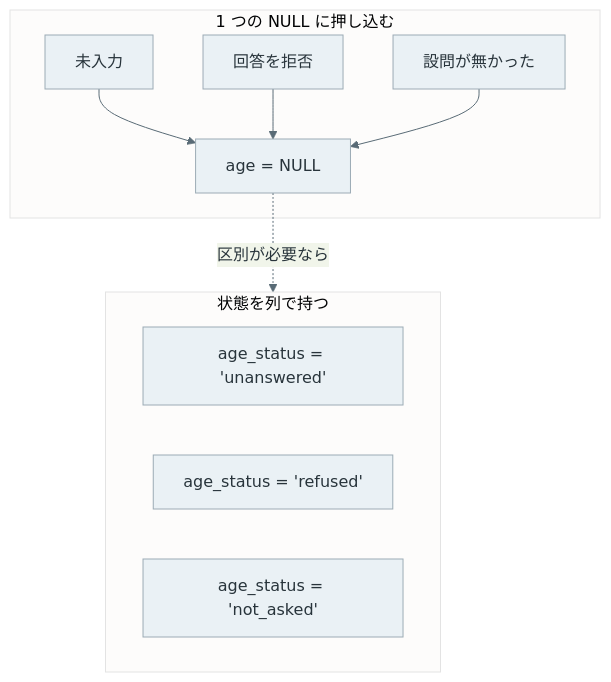
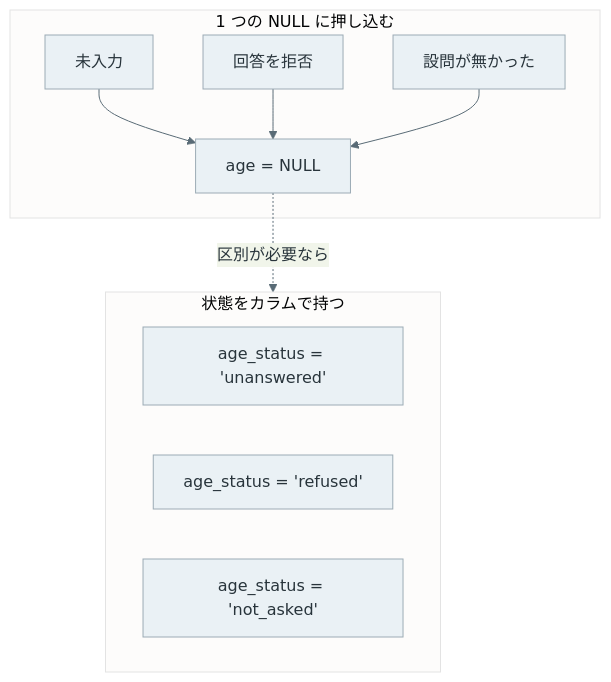
Before and after one commit to nao1215/debimate: the third of 3 diagrams in content/notes/database-systems/sql-null/index.md, drawn with Mermaid. The commit also changed other lines of this file and 125 other files, not shown here.

````diff
--- a/content/notes/database-systems/sql-null/index.md
+++ b/content/notes/database-systems/sql-null/index.md
@@ -230,16 +234,16 @@
 ```mermaid
 %%{init: {"theme":"base","themeVariables":{"primaryColor":"#eaf1f5","primaryTextColor":"#28343b","primaryBorderColor":"#9cabb5","lineColor":"#596b76","textColor":"#28343b","actorBkg":"#eaf1f5","actorBorder":"#9cabb5","actorTextColor":"#28343b","actorLineColor":"#9cabb5","signalColor":"#596b76","signalTextColor":"#28343b","noteBkgColor":"#f7f1e5","noteBorderColor":"#c5b99b","noteTextColor":"#403c32","activationBkgColor":"#edf3ef","activationBorderColor":"#9aafa1"}}}%%
 flowchart TB
     subgraph a["1 つの NULL に押し込む"]
         A1["未入力"] --> AN["age = NULL"]
         A2["回答を拒否"] --> AN
         A3["設問が無かった"] --> AN
     end
-    subgraph b["状態を列で持つ"]
+    subgraph b["状態をカラムで持つ"]
         B1["age_status = 'unanswered'"]
         B2["age_status = 'refused'"]
         B3["age_status = 'not_asked'"]
     end
     AN -.->|"区別が必要なら"| b
     classDef default fill:#eaf1f5,stroke:#9cabb5,color:#28343b;
 ```
````
